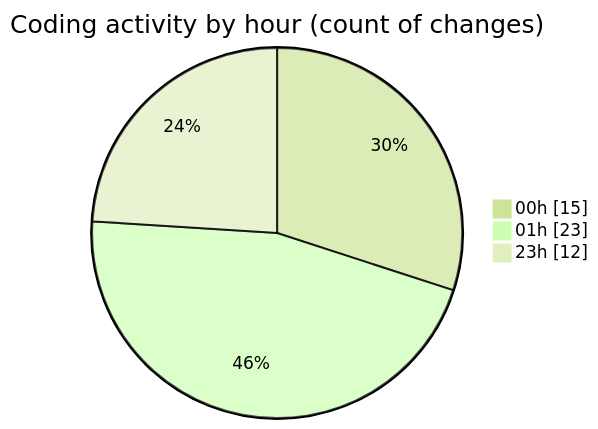
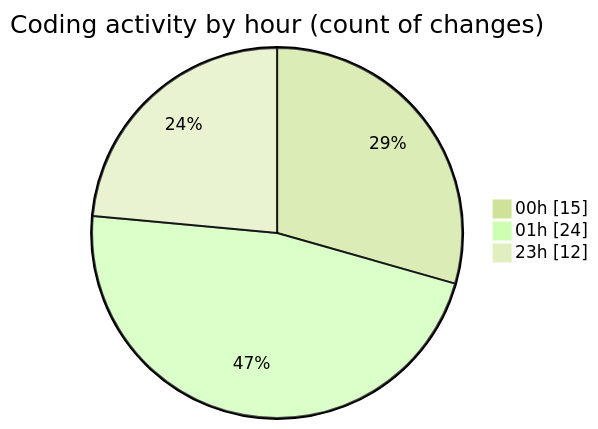
The second of 2 diagrams in 2025-10-31/eventscop-frontend-guide__workspace_/README.md (julien-gomy/code-tracking), drawn with Mermaid (forest theme) before and after one commit. The commit also changed other lines of this file and 1 other file, not shown here.

````diff
--- a/2025-10-31/eventscop-frontend-guide__workspace_/README.md
+++ b/2025-10-31/eventscop-frontend-guide__workspace_/README.md
@@ -37,7 +38,7 @@
 ```mermaid
 pie showData
 title Coding activity by hour (count of changes)
 "00h" : 15
-"01h" : 23
+"01h" : 24
 "23h" : 12
 ```
````
